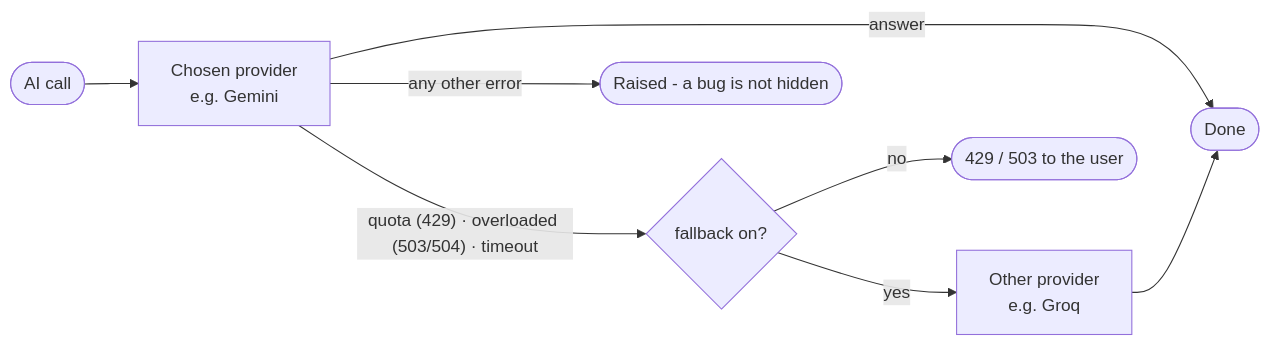
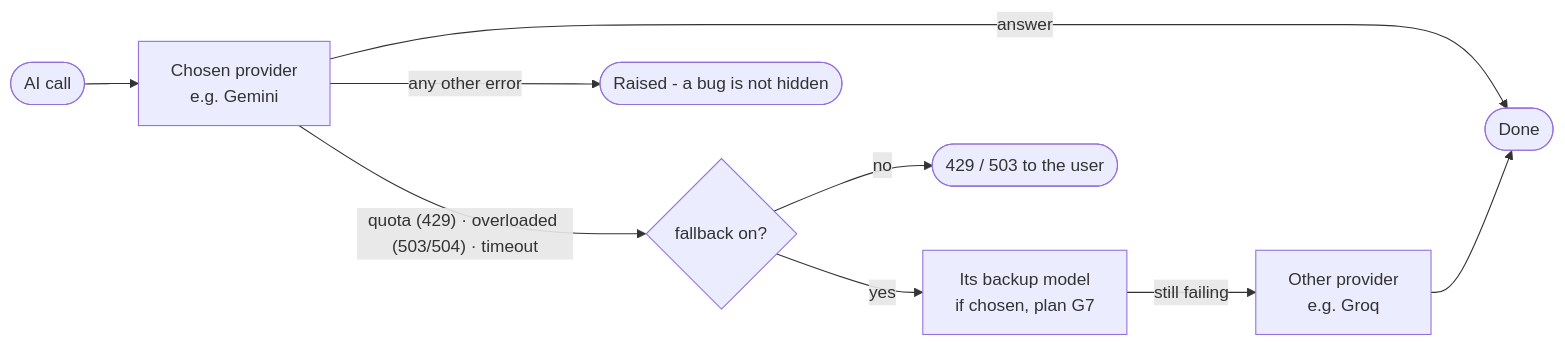
Before and after one commit to ratheesh-5/agentic-rag-platform: the eighth of 18 diagrams in docs/design.md, drawn with Mermaid. The commit also changed other lines of this file and 23 other files, not shown here.

````diff
--- a/docs/design.md
+++ b/docs/design.md
@@ -278,9 +278,9 @@
 ```mermaid
 flowchart LR
     Q([AI call]) --> P[Chosen provider<br/>e.g. Gemini]
     P -->|answer| OK([Done])
     P -->|"quota (429) · overloaded (503/504) · timeout"| F{fallback on?}
-    F -->|yes| G[Other provider<br/>e.g. Groq] --> OK
+    F -->|yes| B[Its backup model<br/>if chosen, plan G7] -->|still failing| G[Other provider<br/>e.g. Groq] --> OK
     F -->|no| E([429 / 503 to the user])
     P -->|any other error| X([Raised - a bug is not hidden])
 ```
````
